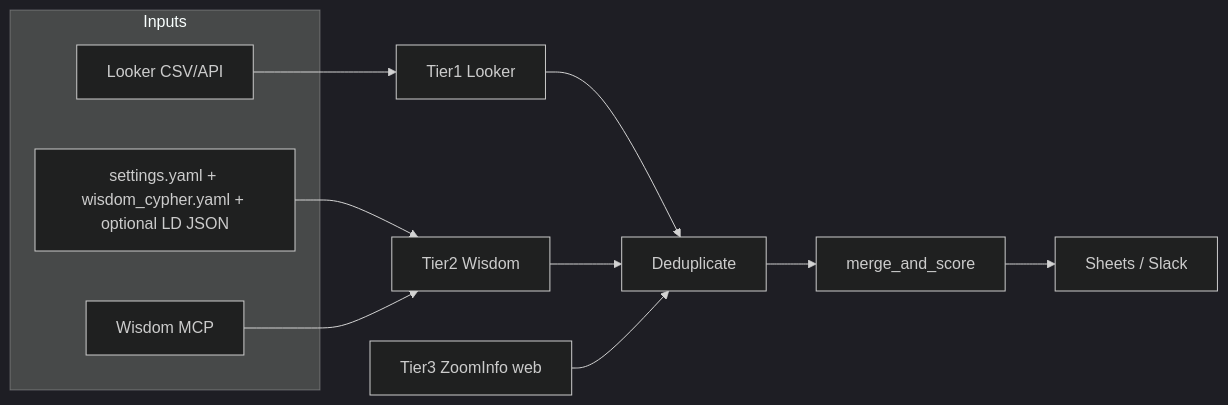
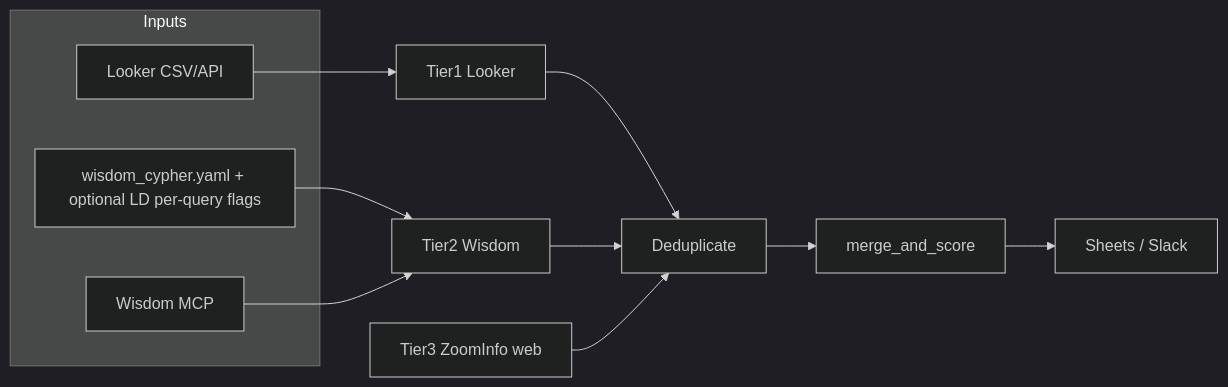
One commit to s-shindeldecker/figment-agent changed the diagram in README.md. Above: the diagram before and after it, drawn with Mermaid (dark theme). The commit also changed other lines of this file and 19 other files, not shown here.

First line of the commit message:
feat: Cypher-only Tier 2, per-key LD flags, logging, Tier 3 revenue label

````diff
--- a/README.md
+++ b/README.md
@@ -60,21 +60,21 @@
 ```mermaid
 flowchart LR
   subgraph inputs [Inputs]
     L[Looker CSV/API]
     W[Wisdom MCP]
-    C[settings.yaml + wisdom_cypher.yaml + optional LD JSON]
+    C[wisdom_cypher.yaml + optional LD per-query flags]
   end
   T1[Tier1 Looker]
   T2[Tier2 Wisdom]
   T3[Tier3 ZoomInfo web]
   D[Deduplicate]
   S[merge_and_score]
   O[Sheets / Slack]
   L --> T1
   C --> T2
   W --> T2
   T1 --> D
   T2 --> D
   T3 --> D
   D --> S --> O
 ```
````
